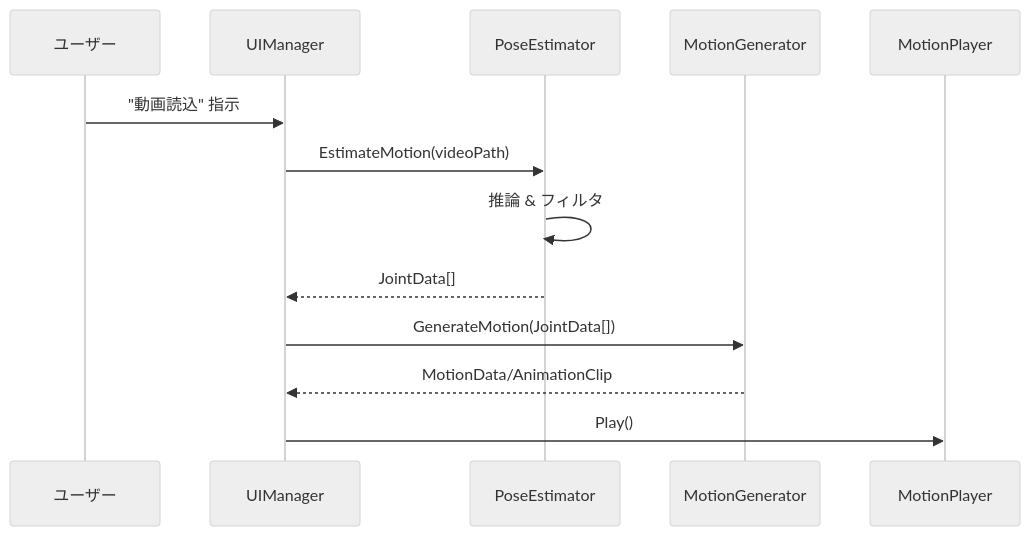
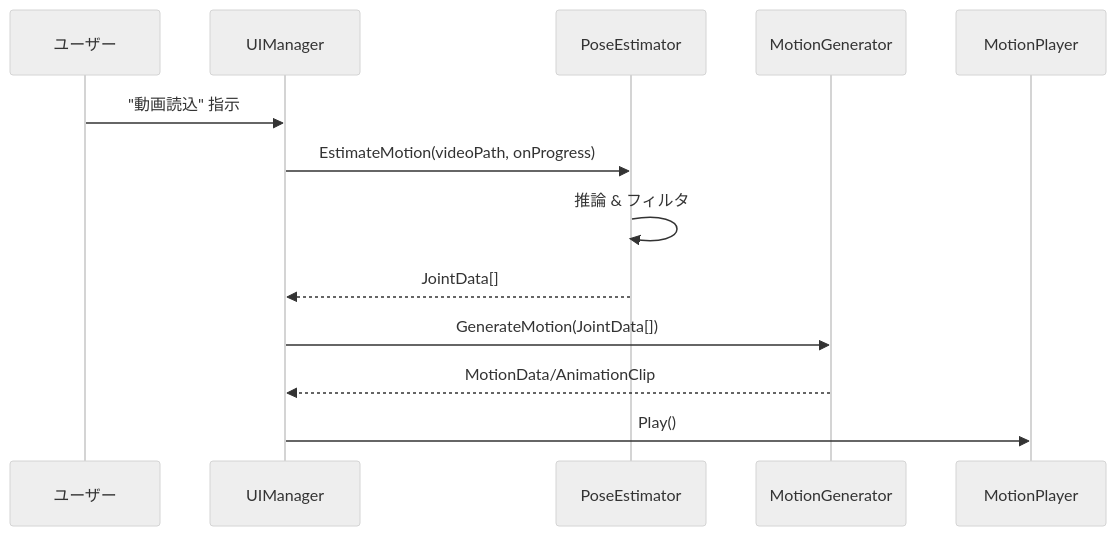
One commit to CryptorGit/MiniMikuDanceMobile changed the third of 3 diagrams in docs/development.md. Above: the diagram before and after it, drawn with Mermaid (neutral theme). The commit also changed other lines of this file and 3 other files, not shown here.

````diff
--- a/docs/development.md
+++ b/docs/development.md
@@ -330,16 +330,16 @@
 ```mermaid
 sequenceDiagram
     participant U as ユーザー
     participant UI as UIManager
     participant P as PoseEstimator
     participant M as MotionGenerator
     participant MP as MotionPlayer
 
     U->>UI: "動画読込" 指示
-    UI->>P: EstimateMotion(videoPath)
+    UI->>P: EstimateMotion(videoPath, onProgress)
     P->>P: 推論 & フィルタ
     P-->>UI: JointData[]
     UI->>M: GenerateMotion(JointData[])
     M-->>UI: MotionData/AnimationClip
     UI->>MP: Play()
 ```
````
